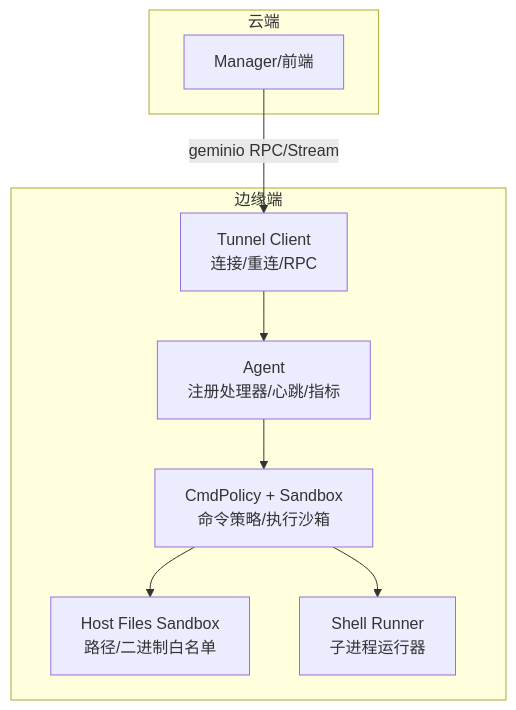
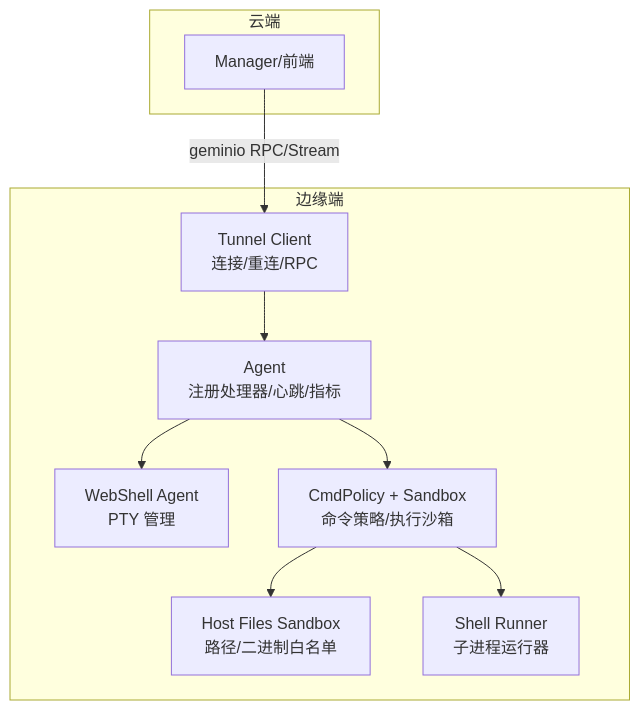
One commit to xied1133-oss/ongrid changed the first of 10 diagrams in .qoder/repowiki/zh/content/设备管理/远程执行与安全.md. Above: the diagram before and after it, drawn with Mermaid. The commit also changed other lines of this file and 131 other files, not shown here.

````diff
--- a/.qoder/repowiki/zh/content/设备管理/远程执行与安全.md
+++ b/.qoder/repowiki/zh/content/设备管理/远程执行与安全.md
@@ -45,18 +62,20 @@
 ```mermaid
 graph TB
 subgraph "云端"
 M["Manager/前端"]
 end
 subgraph "边缘端"
 T["Tunnel Client<br/>连接/重连/RPC"]
 A["Agent<br/>注册处理器/心跳/指标"]
+W["WebShell Agent<br/>PTY 管理"]
 P["CmdPolicy + Sandbox<br/>命令策略/执行沙箱"]
 HFS["Host Files Sandbox<br/>路径/二进制白名单"]
 R["Shell Runner<br/>子进程运行器"]
 end
 M --> |geminio RPC/Stream| T
 T --> A
+A --> W
 A --> P
 P --> HFS
 P --> R
 ```
````
